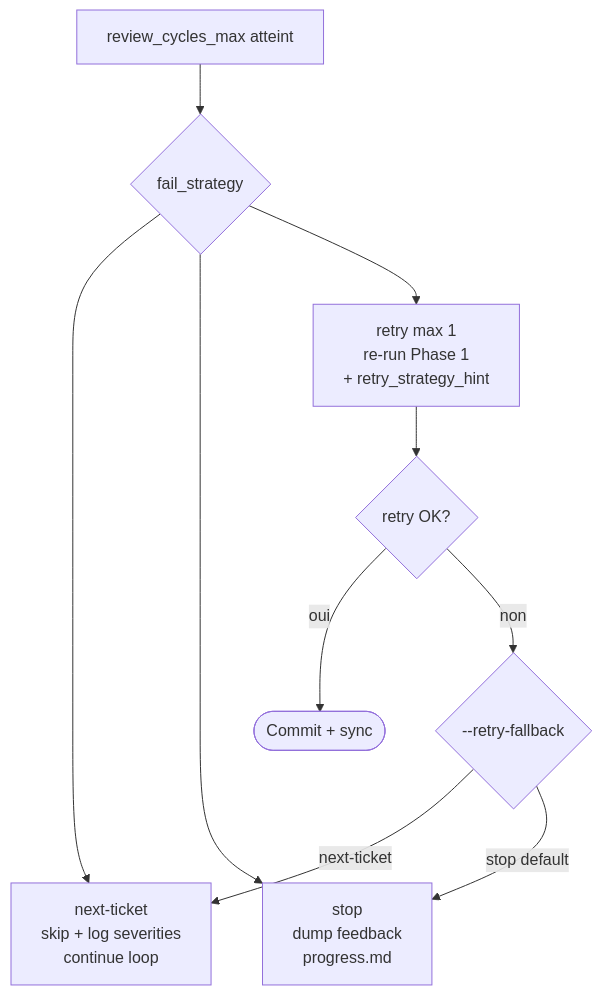
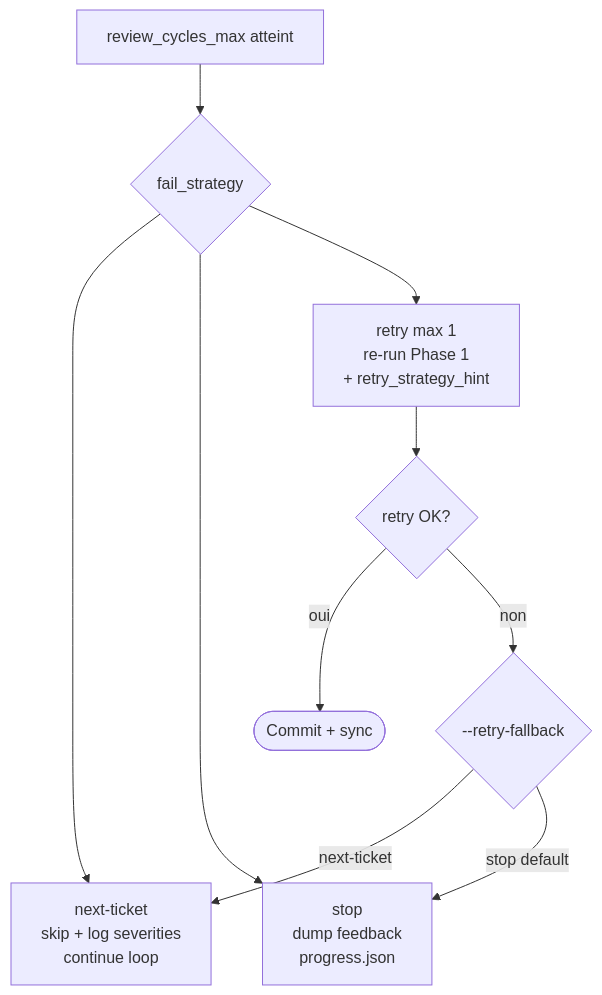
The tenth of 10 diagrams in docs/diagram.md (BryanBerger98/snapship-plugin), drawn with Mermaid before and after one commit. The commit also changed other lines of this file and 154 other files, not shown here.

````diff
--- a/docs/diagram.md
+++ b/docs/diagram.md
@@ -211,12 +211,12 @@
 ```mermaid
 flowchart TB
     MAX[review_cycles_max atteint] --> STRAT{fail_strategy}
     STRAT --> NT[next-ticket<br/>skip + log severities<br/>continue loop]
-    STRAT --> ST[stop<br/>dump feedback<br/>progress.md]
+    STRAT --> ST[stop<br/>dump feedback<br/>progress.json]
     STRAT --> RT[retry max 1<br/>re-run Phase 1<br/>+ retry_strategy_hint]
     RT --> RTOK{retry OK?}
     RTOK -->|oui| DONE([Commit + sync])
     RTOK -->|non| FB{--retry-fallback}
     FB -->|next-ticket| NT
     FB -->|stop default| ST
 ```
````
